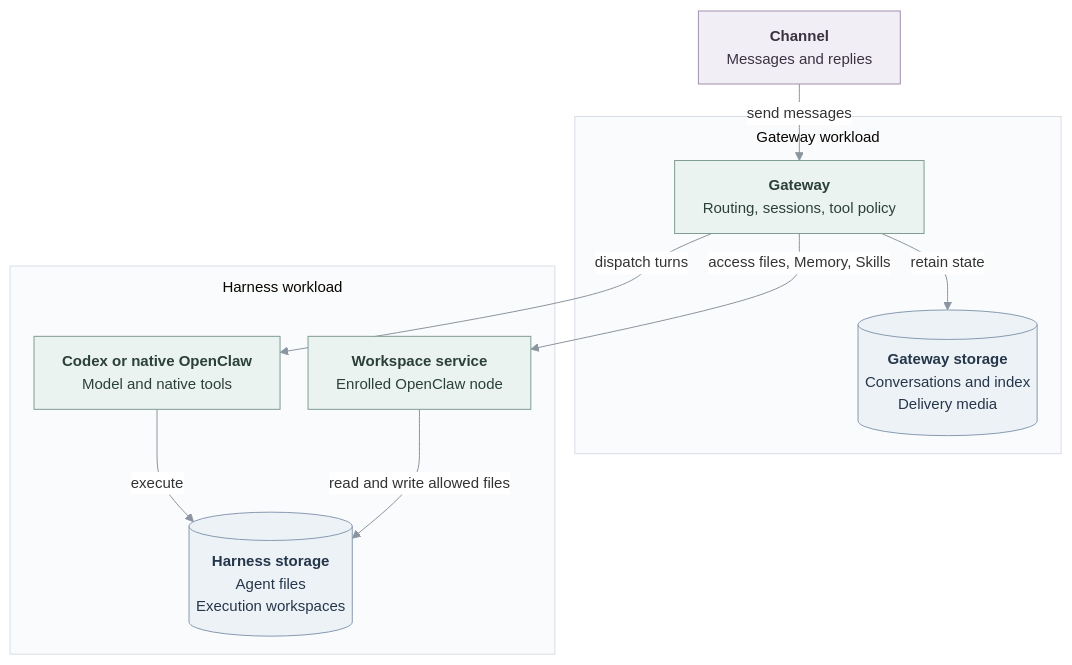
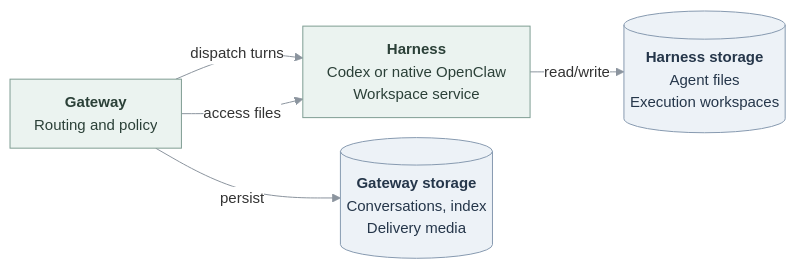
One commit to openclaw/openclaw-enterprise changed the diagram in docs/guides/topics/remote-harness.md. Above: the diagram before and after it, drawn with Mermaid.

Commit message:
docs: compact remote Harness overview diagram

````diff
--- a/docs/guides/topics/remote-harness.md
+++ b/docs/guides/topics/remote-harness.md
@@ -16,44 +16,29 @@
 ```mermaid
 ---
 config:
   theme: base
   htmlLabels: true
   themeVariables:
     fontSize: 15px
     lineColor: "#8B949E"
     edgeLabelBackground: "#FFFFFF"
   flowchart:
-    nodeSpacing: 28
-    rankSpacing: 36
-    padding: 14
-    subGraphTitleMargin:
-      top: 10
-      bottom: 16
+    nodeSpacing: 20
+    rankSpacing: 28
+    padding: 12
 ---
-flowchart TB
-  Channel["<b>Channel</b><br/>Messages and replies"]
-  subgraph GatewayWorkload["Gateway workload"]
-    Gateway["<b>Gateway</b><br/>Routing, sessions, tool policy"]
-    GatewayState[("<b>Gateway storage</b><br/>Conversations and index<br/>Delivery media")]
-    Gateway -->|retain state| GatewayState
-  end
-  subgraph HarnessWorkload["Harness workload"]
-    Runtime["<b>Codex or native OpenClaw</b><br/>Model and native tools"]
-    Node["<b>Workspace service</b><br/>Enrolled OpenClaw node"]
-    Workspace[("<b>Harness storage</b><br/>Agent files<br/>Execution workspaces")]
-    Runtime -->|execute| Workspace
-    Node -->|read and write allowed files| Workspace
-  end
-  Channel -->|send messages| Gateway
-  Gateway -->|dispatch turns| Runtime
-  Gateway -->|access files, Memory, Skills| Node
+flowchart LR
+  Gateway["<b>Gateway</b><br/>Routing and policy"]
+  Harness["<b>Harness</b><br/>Codex or native OpenClaw<br/>Workspace service"]
+  GatewayState[("<b>Gateway storage</b><br/>Conversations, index<br/>Delivery media")]
+  Workspace[("<b>Harness storage</b><br/>Agent files<br/>Execution workspaces")]
+  Gateway -->|dispatch turns| Harness
+  Gateway -->|access files| Harness
+  Gateway -->|persist| GatewayState
+  Harness -->|read/write| Workspace
 
   classDef state fill:#EDF2F7,stroke:#879AB0,color:#25364A,stroke-width:1px
   classDef operation fill:#EBF3F0,stroke:#7F9D93,color:#2B4038,stroke-width:1px
-  classDef external fill:#F1EEF5,stroke:#A091AD,color:#3A3243,stroke-width:1px
   class GatewayState,Workspace state
-  class Gateway,Runtime,Node operation
-  class Channel external
-  style GatewayWorkload fill:#FAFBFC,stroke:#D8DEE6,stroke-width:1px
-  style HarnessWorkload fill:#FAFBFC,stroke:#D8DEE6,stroke-width:1px
+  class Gateway,Harness operation
 ```
````
